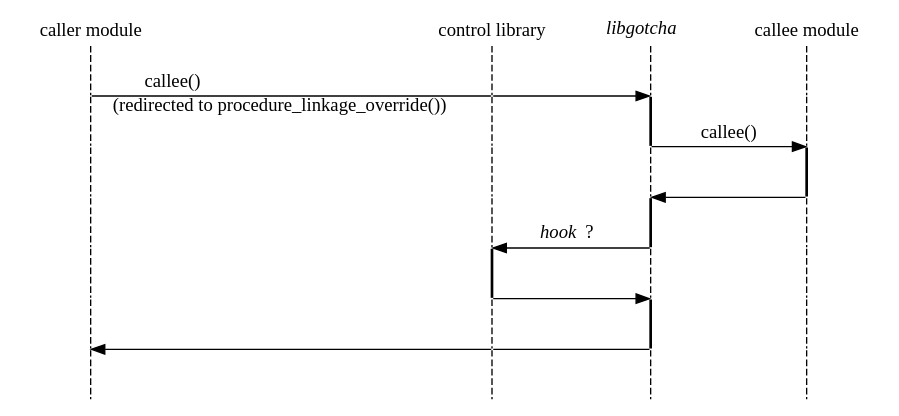
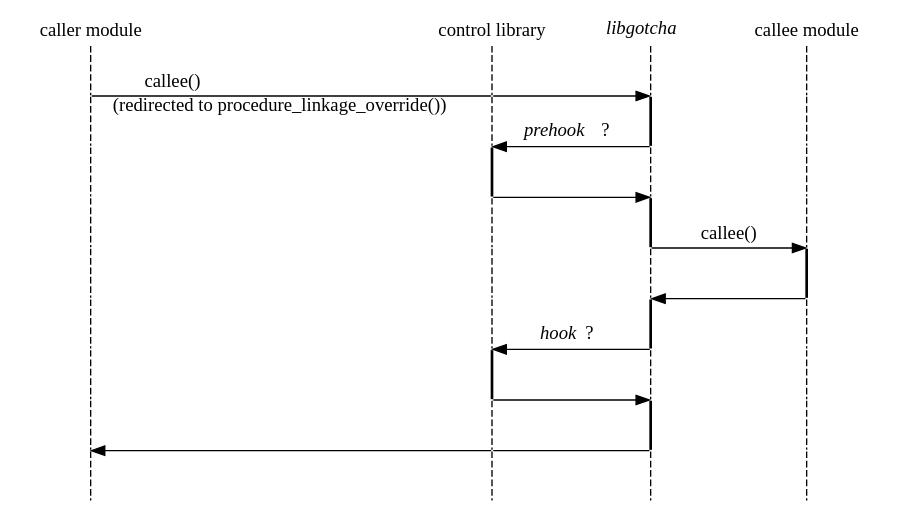
One commit to solb/thesis changed the diagram in figs/calltree_function_hook.dot. Above: the diagram before and after it, drawn with Graphviz.

Commit message:
figs/calltree_function_hook.dot: Add prehook to "the picture"

```diff
--- a/figs/calltree_function_hook.dot
+++ b/figs/calltree_function_hook.dot
@@ -1,64 +1,78 @@
 strict digraph {
 	edge [arrowhead=none];
 	node [shape=none, width=0, height=0, label=""];
 
 	caller [label="caller module"];
 	control [label="control library"];
 	gotcha [label=<<i>libgotcha</i>>];
 	callee [label="callee module"];
 
 	{
 		// This weight must be at least the number of horizontal arrows.
-		edge [style=dashed, weight=5];
+		edge [style=dashed, weight=7];
 
-		caller -> callerA -> callerB -> callerC -> callerD -> callerE -> callerF -> callerG;
+		caller -> callerA -> callerB -> callerC -> callerD -> callerE -> callerF -> callerG -> callerH -> callerI;
 
-		control -> controlA -> controlB -> controlC -> controlD;
-		controlD -> controlE [style=solid, penwidth=2];
-		controlE -> controlF -> controlG;
+		control -> controlA -> controlB;
+		controlB -> controlC [style=solid, penwidth=2];
+		controlC -> controlD -> controlE -> controlF;
+		controlF -> controlG [style=solid, penwidth=2];
+		controlG -> controlH -> controlI;
 
 		gotcha -> gotchaA;
 		gotchaA -> gotchaB [style=solid, penwidth=2];
 		gotchaB -> gotchaC;
 		gotchaC -> gotchaD [style=solid, penwidth=2];
 		gotchaD -> gotchaE;
 		gotchaE -> gotchaF [style=solid, penwidth=2];
 		gotchaF -> gotchaG;
+		gotchaG -> gotchaH [style=solid, penwidth=2];
+		gotchaH -> gotchaI;
 
-		callee -> calleeA -> calleeB;
-		calleeB -> calleeC [style=solid, penwidth=2];
-		calleeC -> calleeD -> calleeE -> calleeF -> calleeG;
+		callee -> calleeA -> calleeB -> calleeC -> calleeD;
+		calleeD -> calleeE [style=solid, penwidth=2];
+		calleeE -> calleeF -> calleeG -> calleeH -> calleeI;
 	}
 
 	{
 		rank=same;
 		callerA -> controlA [label="callee()                                                   ", headlabel="(redirected to procedure_linkage_override())"];
 		controlA -> gotchaA [arrowhead=normal];
 	}
 
 	{
 		rank=same;
-		gotchaB -> calleeB [label="callee()", arrowhead=normal];
+		controlB -> gotchaB [label=<<i>prehook</i> ?>, arrowhead=normal, dir=back];
 	}
 
 	{
 		rank=same;
-		gotchaC -> calleeC [arrowhead=normal, dir=back];
+		controlC -> gotchaC [arrowhead=normal];
 	}
 
 	{
 		rank=same;
-		controlD -> gotchaD [label=<<i>hook</i> ?>, arrowhead=normal, dir=back];
+		gotchaD -> calleeD [label="callee()", arrowhead=normal];
 	}
 
 	{
 		rank=same;
-		controlE -> gotchaE [arrowhead=normal];
+		gotchaE -> calleeE [arrowhead=normal, dir=back];
 	}
 
 	{
 		rank=same;
-		callerF -> controlF [arrowhead=normal, dir=back];
-		controlF -> gotchaF;
+		controlF -> gotchaF [label=<<i>hook</i> ?>, arrowhead=normal, dir=back];
+	}
+
+	{
+		rank=same;
+		controlG -> gotchaG [arrowhead=normal];
+	}
+
+	{
+		rank=same;
+		callerH -> controlH [arrowhead=normal, dir=back];
+		controlH -> gotchaH;
 	}
 }
```
